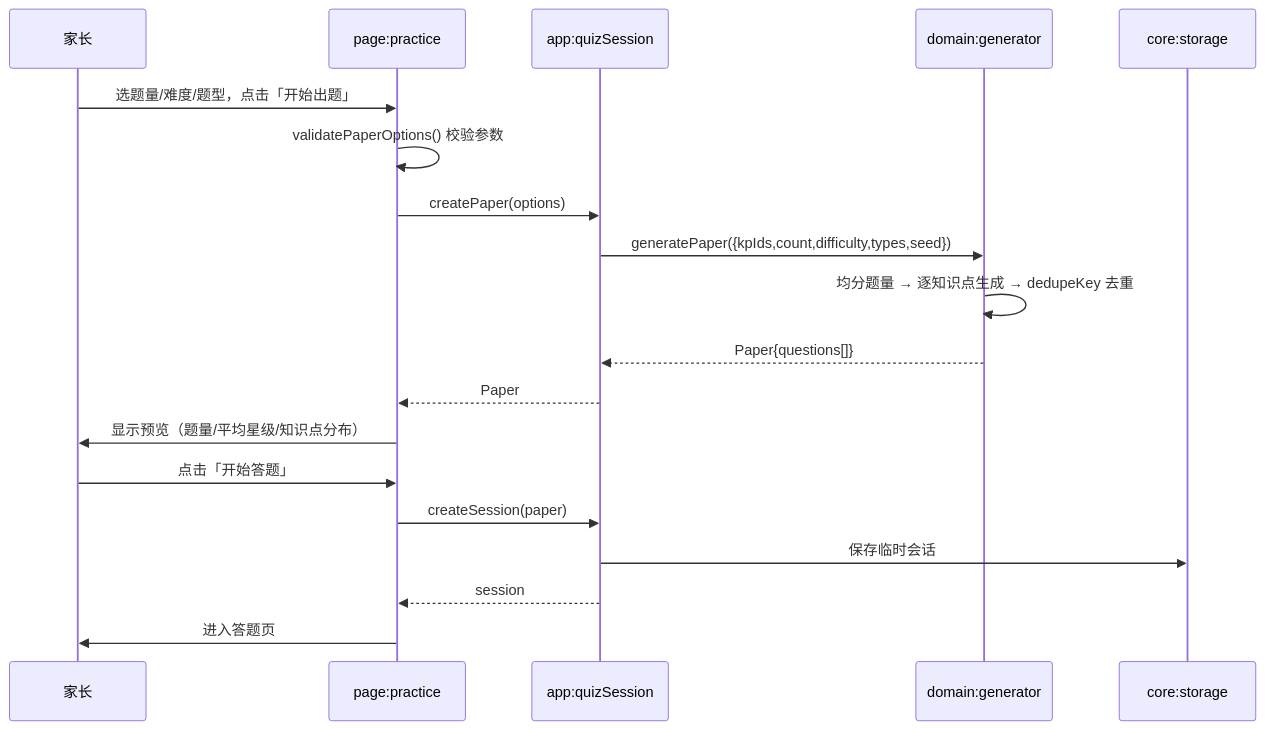
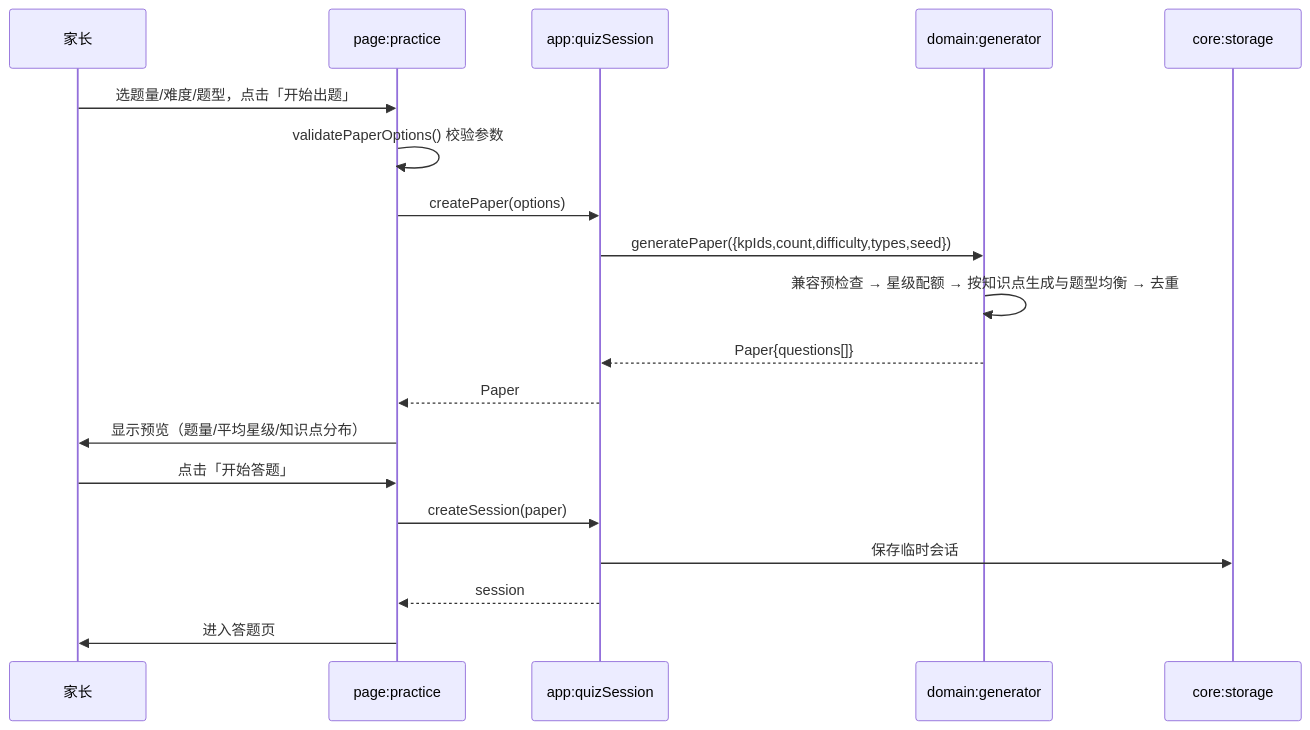
One commit to Holer0917/child-learning changed the first of 5 diagrams in docs/03-设计/05-软件设计说明书.md. Above: the diagram before and after it, drawn with Mermaid. The commit also changed other lines of this file and 238 other files, not shown here.

````diff
--- a/docs/03-设计/05-软件设计说明书.md
+++ b/docs/03-设计/05-软件设计说明书.md
@@ -346,21 +350,21 @@
 ```mermaid
 sequenceDiagram
     participant U as 家长
     participant H as page:practice
     participant Q as app:quizSession
     participant G as domain:generator
     participant S as core:storage
     U->>H: 选题量/难度/题型，点击「开始出题」
     H->>H: validatePaperOptions() 校验参数
     H->>Q: createPaper(options)
     Q->>G: generatePaper({kpIds,count,difficulty,types,seed})
-    G->>G: 均分题量 → 逐知识点生成 → dedupeKey 去重
+    G->>G: 兼容预检查 → 星级配额 → 按知识点生成与题型均衡 → 去重
     G-->>Q: Paper{questions[]}
     Q-->>H: Paper
     H->>U: 显示预览（题量/平均星级/知识点分布）
     U->>H: 点击「开始答题」
     H->>Q: createSession(paper)
     Q->>S: 保存临时会话
     Q-->>H: session
     H->>U: 进入答题页
 ```
````
